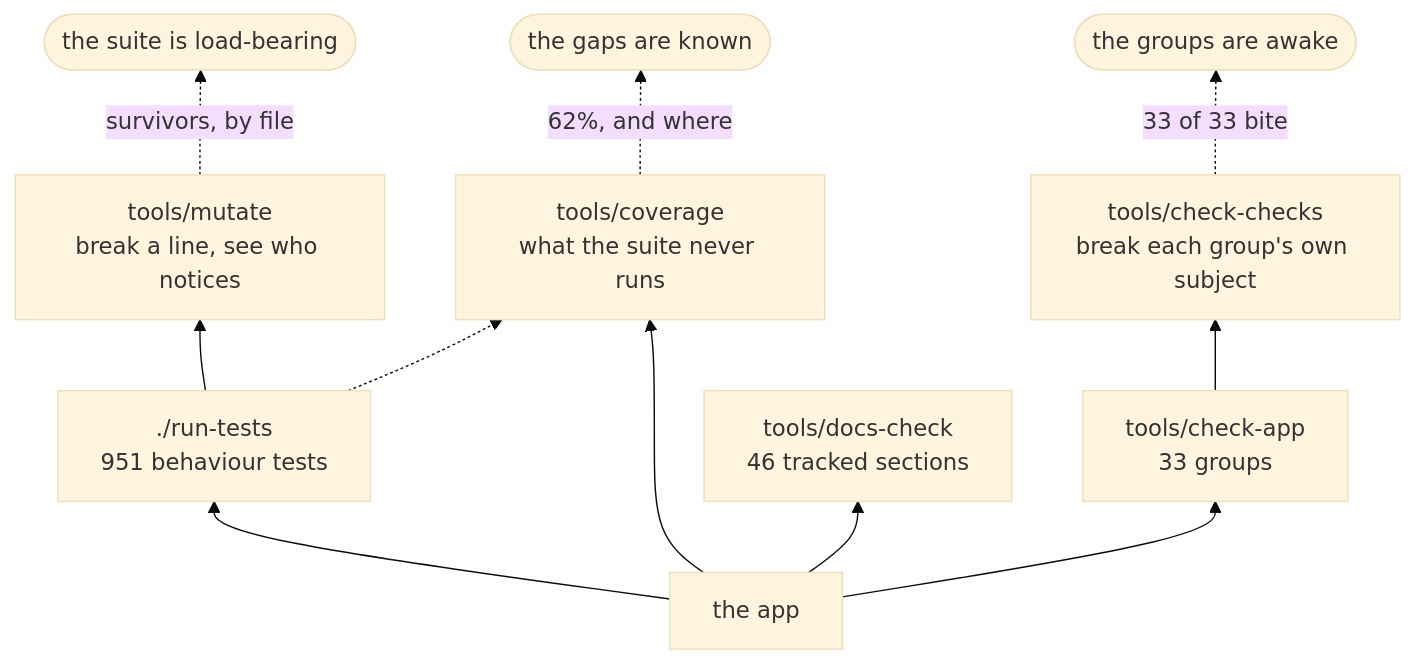
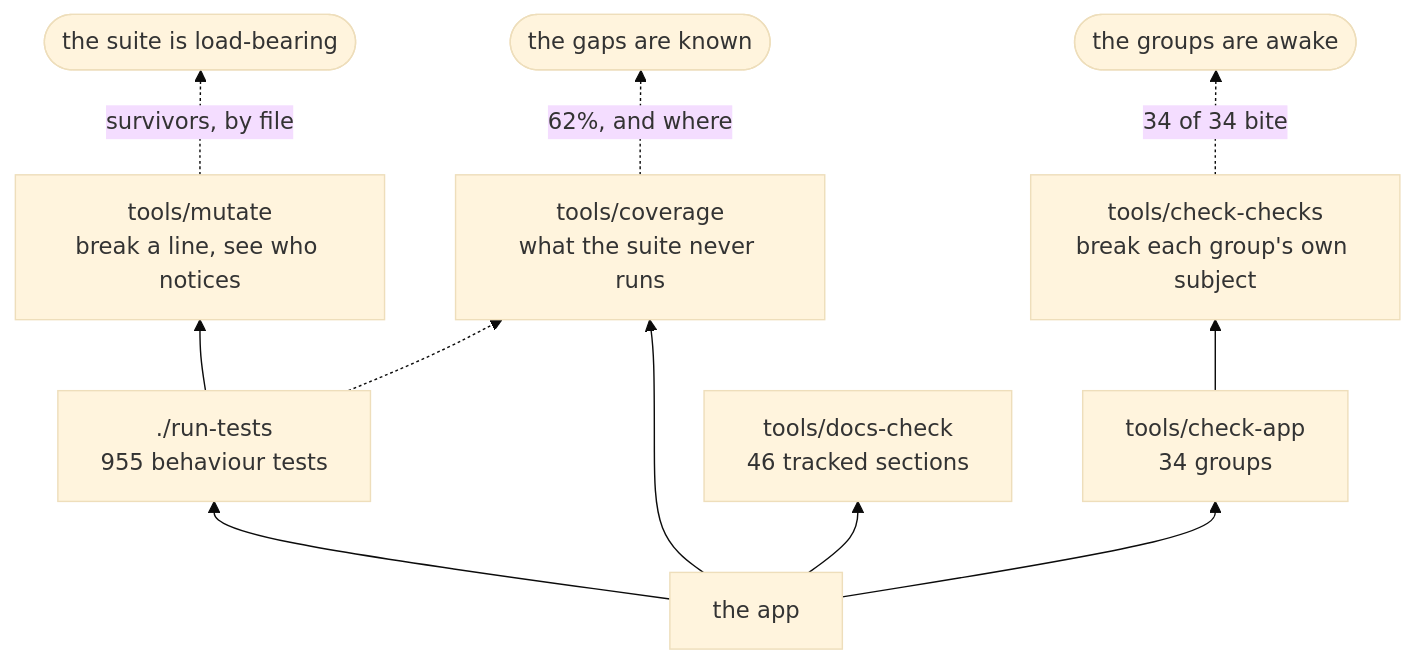
The second of 3 diagrams in docs/DEVELOPING.md (minormending/crystal-pilot-mobile), drawn with Mermaid (base theme) before and after one commit. The commit also changed other lines of this file and 13 other files, not shown here.

````diff
--- a/docs/DEVELOPING.md
+++ b/docs/DEVELOPING.md
@@ -128,13 +128,13 @@
 ```mermaid
 flowchart BT
-    C["the app"] --> T["./run-tests<br/>951 behaviour tests"]
-    C --> A["tools/check-app<br/>33 groups"]
+    C["the app"] --> T["./run-tests<br/>955 behaviour tests"]
+    C --> A["tools/check-app<br/>34 groups"]
     C --> D["tools/docs-check<br/>46 tracked sections"]
     C --> V["tools/coverage<br/>what the suite never runs"]
     T --> M["tools/mutate<br/>break a line, see who notices"]
     A --> K["tools/check-checks<br/>break each group's own subject"]
     T -.-> V
     M -.->|"survivors, by file"| R(["the suite is load-bearing"])
-    K -.->|"33 of 33 bite"| R2(["the groups are awake"])
+    K -.->|"34 of 34 bite"| R2(["the groups are awake"])
     V -.->|"62%, and where"| R3(["the gaps are known"])
 ```
````
